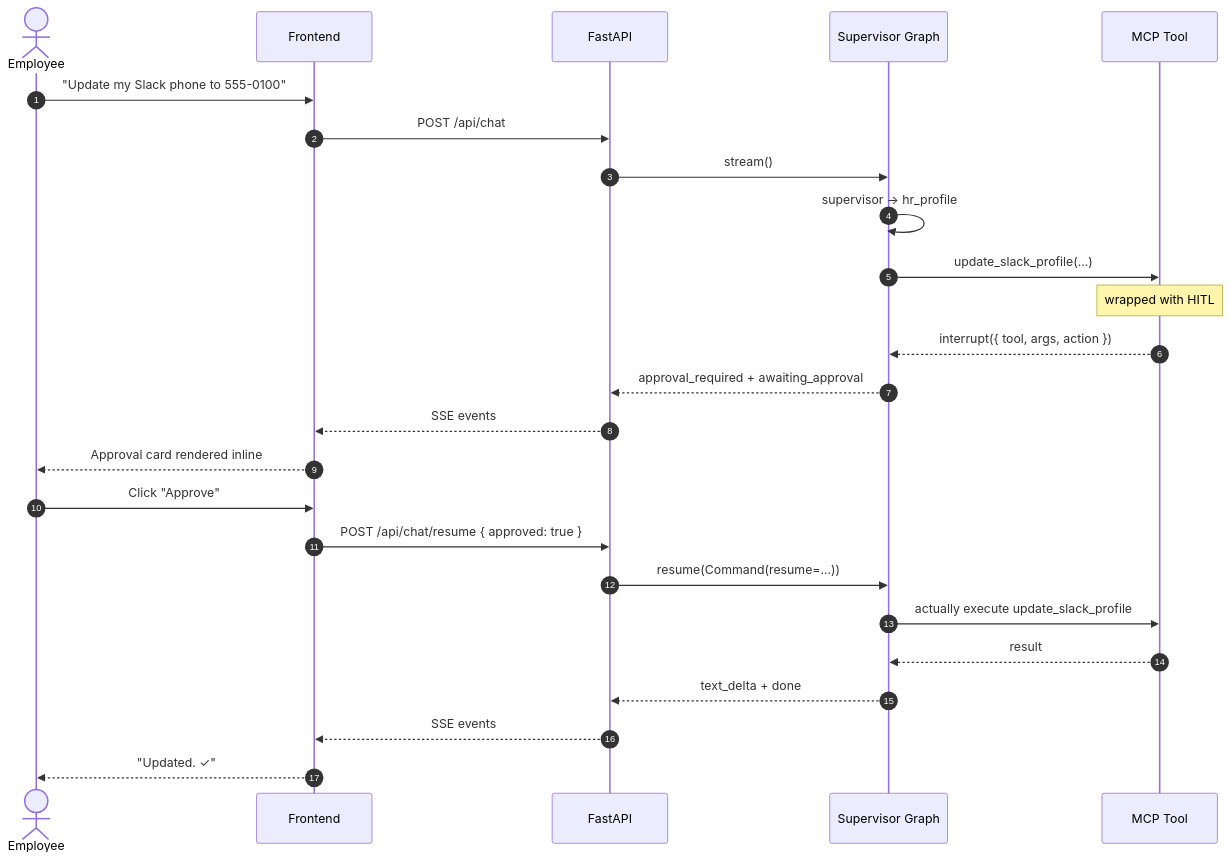
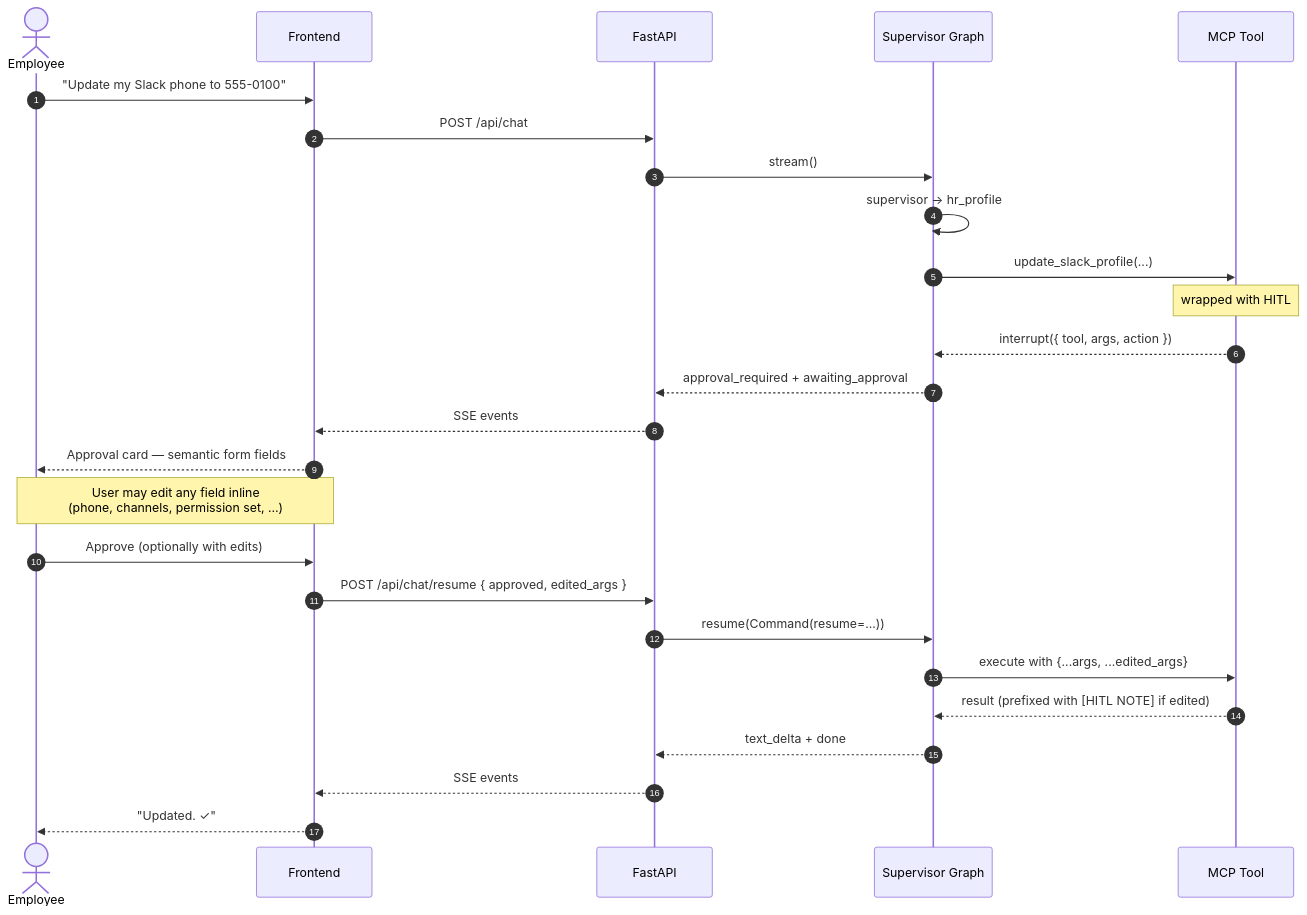
One commit to alyab16/Employee-Onboarding-Agent changed the third of 7 diagrams in README.md. Above: the diagram before and after it, drawn with Mermaid. The commit also changed other lines of this file and 1 other file, not shown here.

````diff
--- a/README.md
+++ b/README.md
@@ -143,28 +143,29 @@
 ```mermaid
 sequenceDiagram
     autonumber
     actor U as Employee
     participant FE as Frontend
     participant API as FastAPI
     participant G as Supervisor Graph
     participant T as MCP Tool
 
     U->>FE: "Update my Slack phone to 555-0100"
     FE->>API: POST /api/chat
     API->>G: stream()
     G->>G: supervisor → hr_profile
     G->>T: update_slack_profile(...)
     Note over T: wrapped with HITL
     T-->>G: interrupt({ tool, args, action })
     G-->>API: approval_required + awaiting_approval
     API-->>FE: SSE events
-    FE-->>U: Approval card rendered inline
-    U->>FE: Click "Approve"
-    FE->>API: POST /api/chat/resume { approved: true }
+    FE-->>U: Approval card — semantic form fields
+    Note over U,FE: User may edit any field inline<br/>(phone, channels, permission set, …)
+    U->>FE: Approve (optionally with edits)
+    FE->>API: POST /api/chat/resume { approved, edited_args }
     API->>G: resume(Command(resume=...))
-    G->>T: actually execute update_slack_profile
-    T-->>G: result
+    G->>T: execute with {...args, ...edited_args}
+    T-->>G: result (prefixed with [HITL NOTE] if edited)
     G-->>API: text_delta + done
     API-->>FE: SSE events
     FE-->>U: "Updated. ✓"
 ```
````
